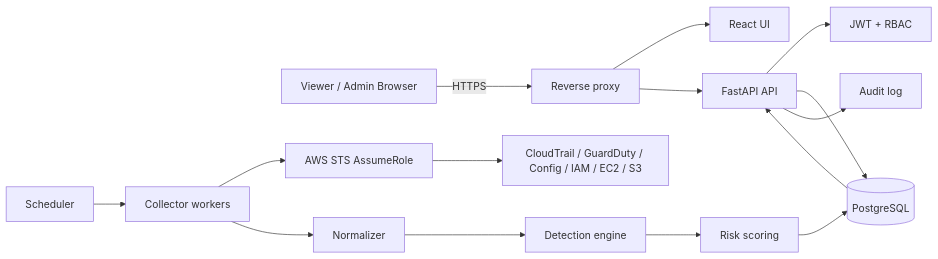
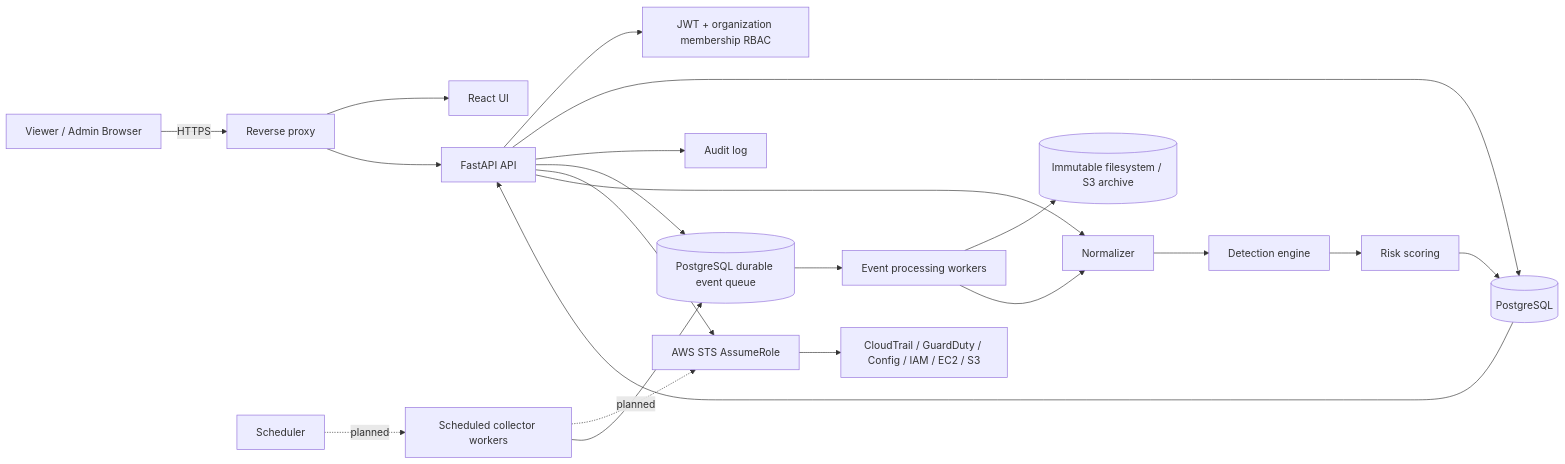
Before and after one commit to Pushpendra23020/cloud-security-monitoring: the diagram in docs/ARCHITECTURE.md, drawn with Mermaid. The commit also changed other lines of this file and 122 other files, not shown here.

````diff
--- a/docs/ARCHITECTURE.md
+++ b/docs/ARCHITECTURE.md
@@ -3,17 +3,23 @@
 ```mermaid
 flowchart LR
   Browser[Viewer / Admin Browser] -->|HTTPS| Proxy[Reverse proxy]
   Proxy --> UI[React UI]
   Proxy --> API[FastAPI API]
-  API --> Auth[JWT + RBAC]
+  API --> Auth[JWT + organization membership RBAC]
   API --> DB[(PostgreSQL)]
   API --> Audit[Audit log]
-  Scheduler --> Workers[Collector workers]
-  Workers --> STS[AWS STS AssumeRole]
+  API --> Queue[(PostgreSQL durable event queue)]
+  Queue --> EventWorker[Event processing workers]
+  EventWorker --> Archive[(Immutable filesystem / S3 archive)]
+  EventWorker --> Normalize
+  API --> STS[AWS STS AssumeRole]
   STS --> Sources[CloudTrail / GuardDuty / Config / IAM / EC2 / S3]
-  Workers --> Normalize[Normalizer]
+  API --> Normalize[Normalizer]
   Normalize --> Detect[Detection engine]
   Detect --> Risk[Risk scoring]
   Risk --> DB
   DB --> API
+  Scheduler -. planned .-> Collectors[Scheduled collector workers]
+  Collectors -. planned .-> STS
+  Collectors --> Queue
 ```
````
